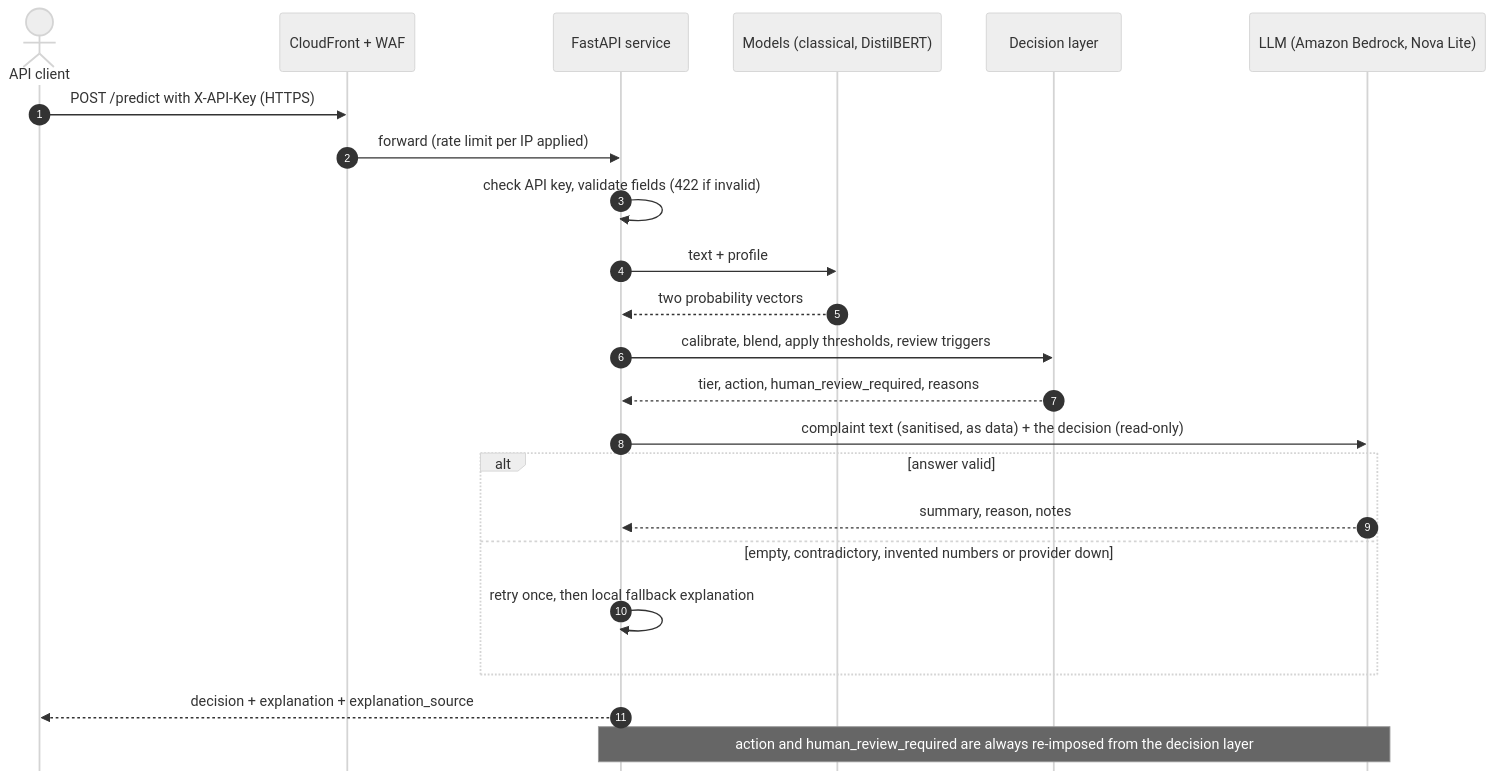
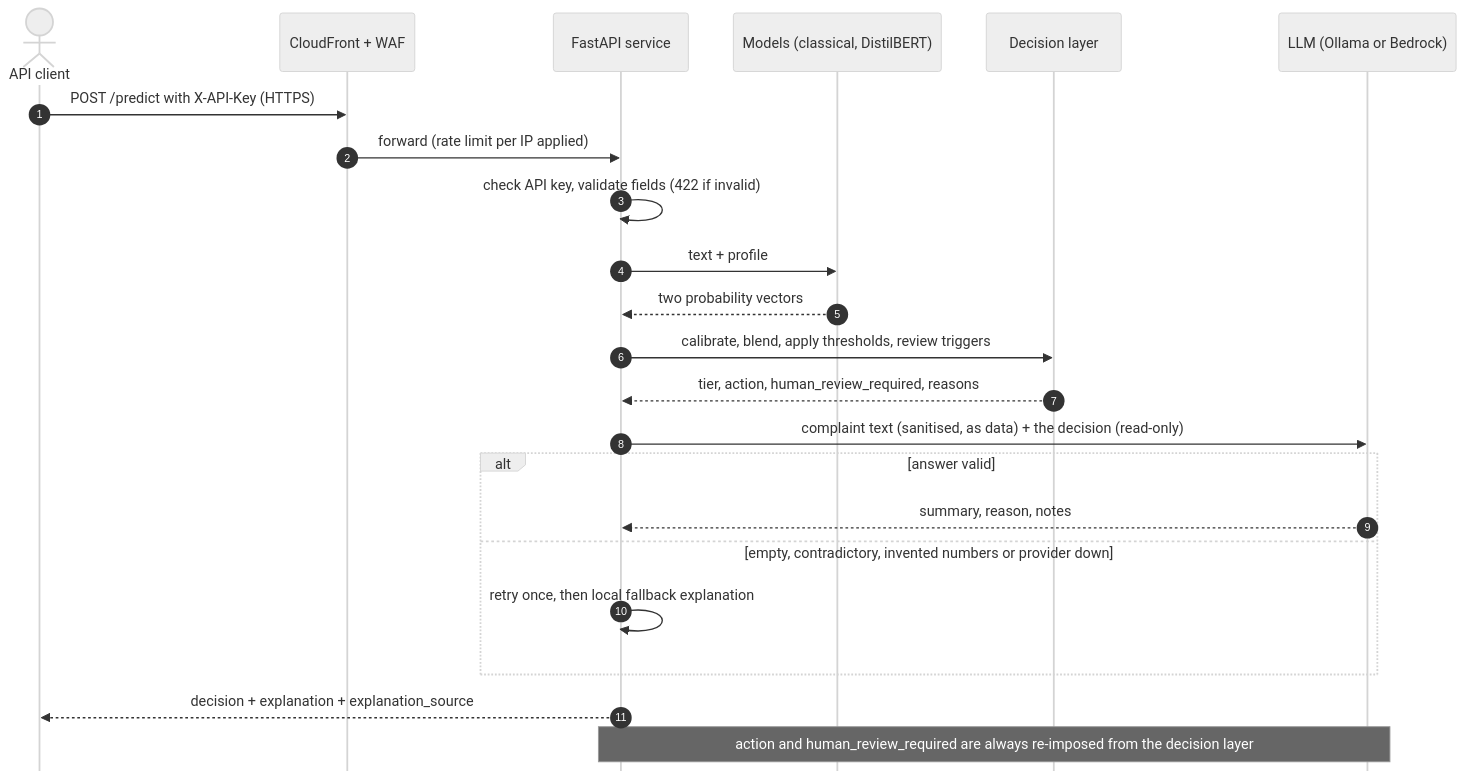
One commit to anandapurva55/hybrid-complaint-risk-ai changed the first of 2 diagrams in README.md. Above: the diagram before and after it, drawn with Mermaid. The commit also changed other lines of this file, not shown here.

````diff
--- a/README.md
+++ b/README.md
@@ -87,27 +89,27 @@
 ```mermaid
 %%{init: {'theme': 'neutral', 'sequence': {'mirrorActors': false, 'messageMargin': 28}}}%%
 sequenceDiagram
     autonumber
     actor C as API client
     participant E as CloudFront + WAF
     participant A as FastAPI service
     participant M as Models (classical, DistilBERT)
     participant D as Decision layer
-    participant L as LLM (Amazon Bedrock, Nova Lite)
+    participant L as LLM (Ollama or Bedrock)
 
     C->>E: POST /predict with X-API-Key (HTTPS)
     E->>A: forward (rate limit per IP applied)
     A->>A: check API key, validate fields (422 if invalid)
     A->>M: text + profile
     M-->>A: two probability vectors
     A->>D: calibrate, blend, apply thresholds, review triggers
     D-->>A: tier, action, human_review_required, reasons
     A->>L: complaint text (sanitised, as data) + the decision (read-only)
     alt answer valid
         L-->>A: summary, reason, notes
     else empty, contradictory, invented numbers or provider down
         A->>A: retry once, then local fallback explanation
     end
     A-->>C: decision + explanation + explanation_source
     Note over A,L: action and human_review_required are always re-imposed from the decision layer
 ```
````
